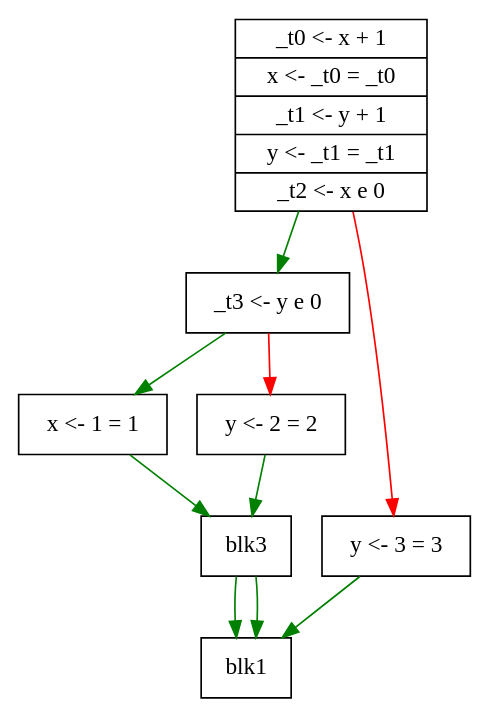
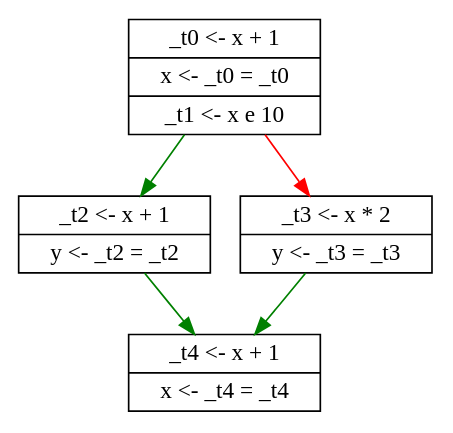
Before and after one commit to Keifa/Compiler: the diagram in Task4/tree.dot, drawn with Graphviz. The commit also changed 11 other files, not shown here.

```diff
--- a/Task4/tree.dot
+++ b/Task4/tree.dot
@@ -1,17 +1,12 @@
 digraph structs {
 	node [shape=record];
-	blk0 [label="{<f0> _t0 \<\- x + 1|<f1> x \<\- _t0 = _t0|<f2> _t1 \<\- y + 1|<f3> y \<\- _t1 = _t1|<f4> _t2 \<\- x e 0}"];
-	blk2 [label="{<f0> _t3 \<\- y e 0}"];
-	blk4 [label="{<f0> x \<\- 1 = 1}"];
-			blk5 [label="{<f0> y \<\- 2 = 2}"];
-			blk6 [label="{<f0> y \<\- 3 = 3}"];
-		blk0 -> blk2 [color="green"];
-	blk2 -> blk4 [color="green"];
-	blk4 -> blk3 [color="green"];
+	blk0 [label="{<f0> _t0 \<\- x + 1|<f1> x \<\- _t0 = _t0|<f2> _t1 \<\- x e 10}"];
+	blk2 [label="{<f0> _t2 \<\- x + 1|<f1> y \<\- _t2 = _t2}"];
+	blk1 [label="{<f0> _t4 \<\- x + 1|<f1> x \<\- _t4 = _t4}"];
+	blk3 [label="{<f0> _t3 \<\- x * 2|<f1> y \<\- _t3 = _t3}"];
+	blk1 [label="{<f0> _t4 \<\- x + 1|<f1> x \<\- _t4 = _t4}"];
+	blk0 -> blk2 [color="green"];
+	blk2 -> blk1 [color="green"];
+	blk0 -> blk3 [color="red"];
 	blk3 -> blk1 [color="green"];
-	blk2 -> blk5 [color="red"];
-	blk5 -> blk3 [color="green"];
-	blk3 -> blk1 [color="green"];
-	blk0 -> blk6 [color="red"];
-	blk6 -> blk1 [color="green"];
 }
```
